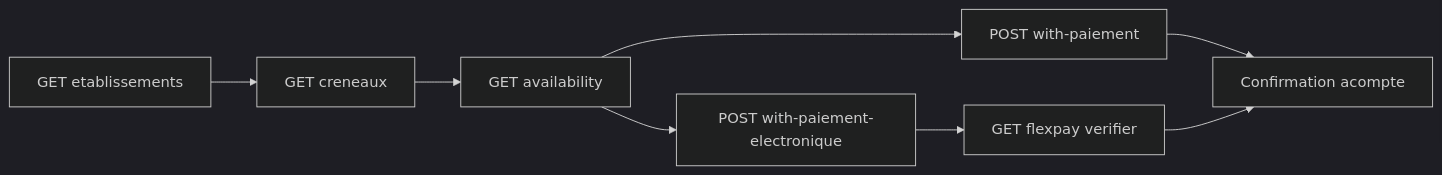
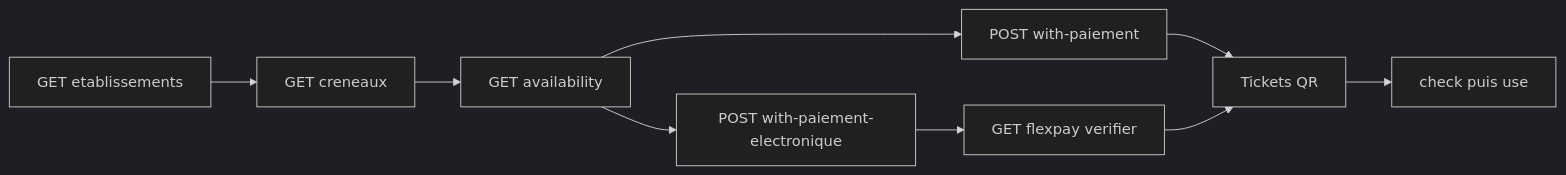
The diagram in Documentation/Themes/09_frontend_integration/MODULE_11_RESTAURANT.md (jktechrepository/congoTravelAPI), drawn with Mermaid (dark theme) before and after one commit. The commit also changed other lines of this file and 293 other files, not shown here.

````diff
--- a/Documentation/Themes/09_frontend_integration/MODULE_11_RESTAURANT.md
+++ b/Documentation/Themes/09_frontend_integration/MODULE_11_RESTAURANT.md
@@ -47,18 +47,20 @@
 ```mermaid
 flowchart LR
   Restos[GET etablissements]
   Creneaux[GET creneaux]
   Dispo[GET availability]
   Cash[POST with-paiement]
   Elec[POST with-paiement-electronique]
   Verify[GET flexpay verifier]
-  Confirm[Confirmation acompte]
+  Tickets[Tickets QR]
+  Gate[check puis use]
 
   Restos --> Creneaux
   Creneaux --> Dispo
   Dispo --> Cash
   Dispo --> Elec
-  Cash --> Confirm
+  Cash --> Tickets
   Elec --> Verify
-  Verify --> Confirm
+  Verify --> Tickets
+  Tickets --> Gate
 ```
````
